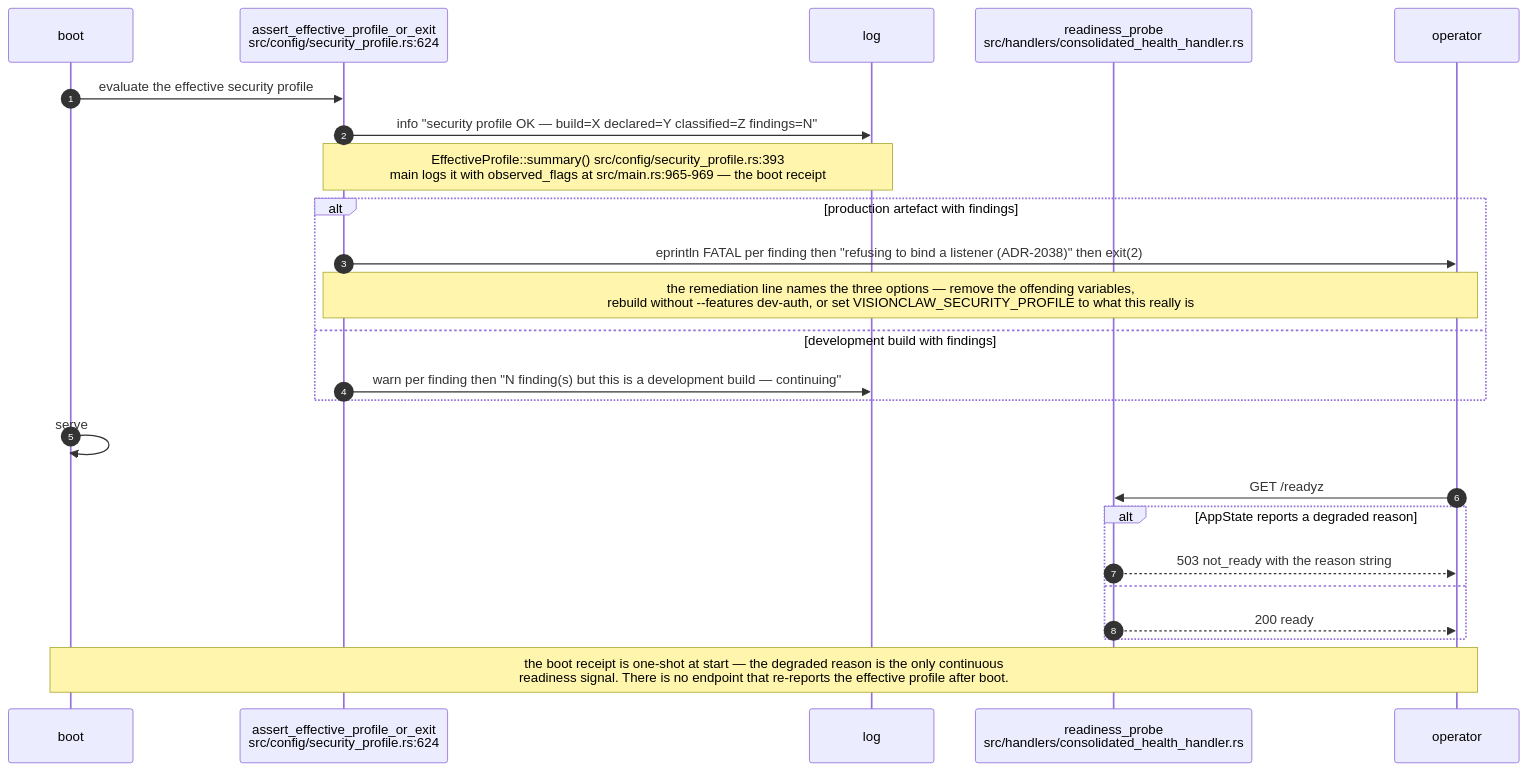
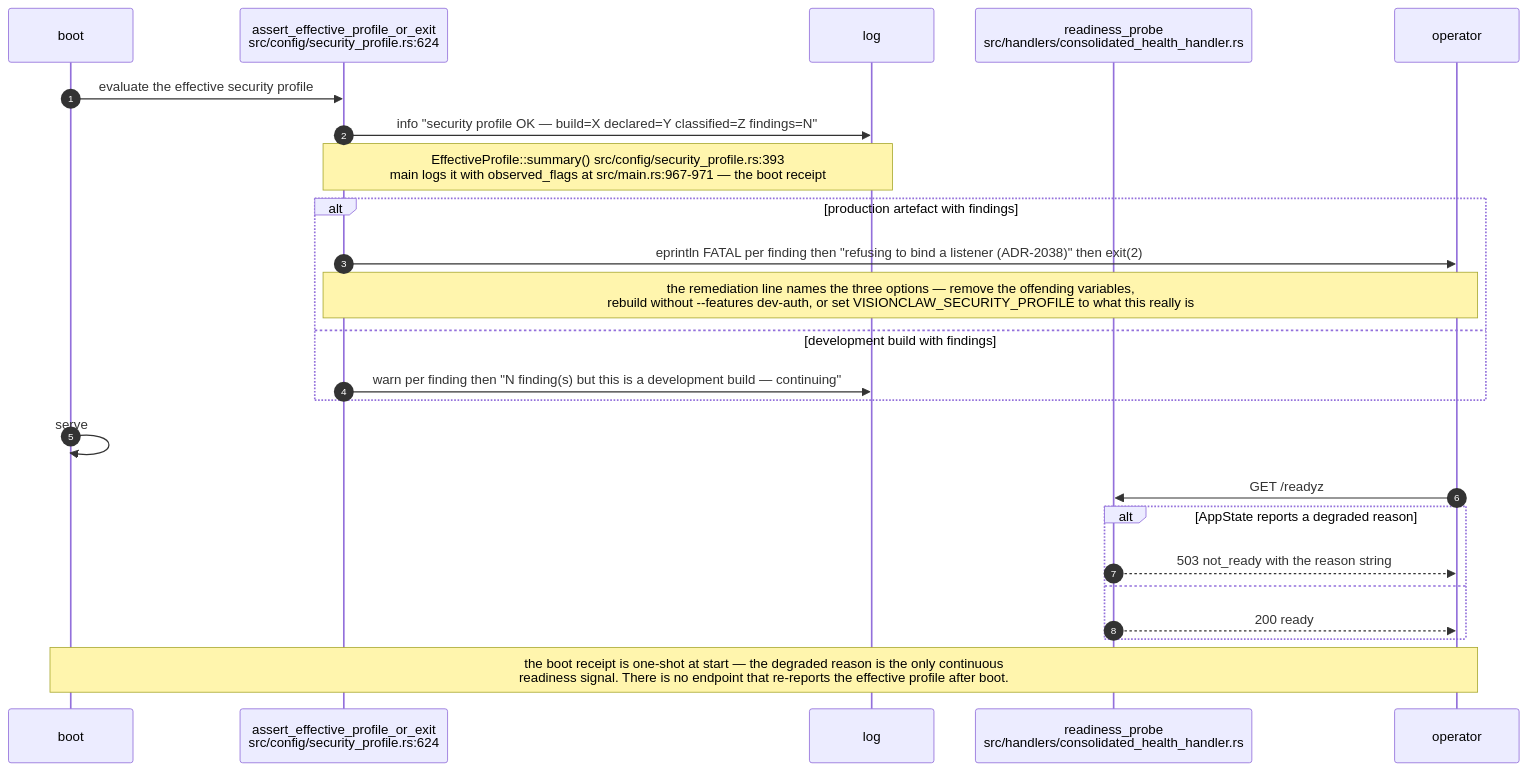
The ninth of 9 diagrams in docs/diagrams/visionclaw/08-observability-health-and-dev-loop.md (DreamLab-AI/VisionFlow), drawn with Mermaid before and after one commit. The commit also changed other lines of this file and 46 other files, not shown here.

Commit message:
docs(diagrams): re-verify VisionClaw topics at 809a859aa/a950f4d80 after the consolidation pass

````diff
--- a/docs/diagrams/visionclaw/08-observability-health-and-dev-loop.md
+++ b/docs/diagrams/visionclaw/08-observability-health-and-dev-loop.md
@@ -330,27 +333,27 @@
 ```mermaid
 sequenceDiagram
     autonumber
     participant B as boot
     participant P as assert_effective_profile_or_exit<br/>src/config/security_profile.rs:624
     participant L as log
     participant R as readiness_probe<br/>src/handlers/consolidated_health_handler.rs
     participant O as operator
 
     B->>P: evaluate the effective security profile
     P->>L: info "security profile OK — build=X declared=Y classified=Z findings=N"
-    Note over P,L: EffectiveProfile::summary() src/config/security_profile.rs:393<br/>main logs it with observed_flags at src/main.rs:965-969 — the boot receipt
+    Note over P,L: EffectiveProfile::summary() src/config/security_profile.rs:393<br/>main logs it with observed_flags at src/main.rs:967-971 — the boot receipt
     alt production artefact with findings
         P->>O: eprintln FATAL per finding then "refusing to bind a listener (ADR-2038)" then exit(2)
         Note over P,O: the remediation line names the three options — remove the offending variables,<br/>rebuild without --features dev-auth, or set VISIONCLAW_SECURITY_PROFILE to what this really is
     else development build with findings
         P->>L: warn per finding then "N finding(s) but this is a development build — continuing"
     end
     B->>B: serve
     O->>R: GET /readyz
     alt AppState reports a degraded reason
         R-->>O: 503 not_ready with the reason string
     else
         R-->>O: 200 ready
     end
     Note over B,O: the boot receipt is one-shot at start — the degraded reason is the only continuous<br/>readiness signal. There is no endpoint that re-reports the effective profile after boot.
 ```
````
